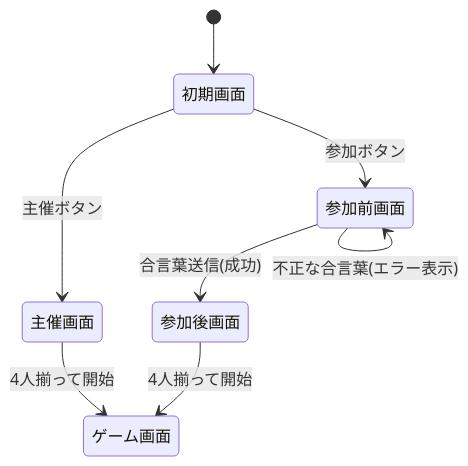
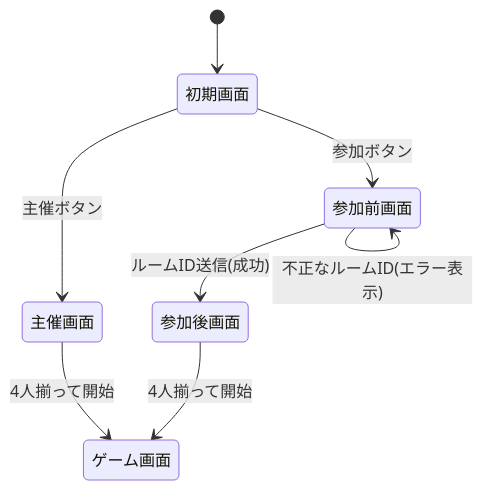
Before and after one commit to calm1205/bluff-auction: the diagram in docs/design/05_frontend.md, drawn with Mermaid. The commit also changed other lines of this file, not shown here.

````diff
--- a/docs/design/05_frontend.md
+++ b/docs/design/05_frontend.md
@@ -25,10 +25,10 @@
 ```mermaid
 stateDiagram-v2
     [*] --> 初期画面
     初期画面 --> 主催画面: 主催ボタン
     初期画面 --> 参加前画面: 参加ボタン
-    参加前画面 --> 参加後画面: 合言葉送信(成功)
-    参加前画面 --> 参加前画面: 不正な合言葉(エラー表示)
+    参加前画面 --> 参加後画面: ルームID送信(成功)
+    参加前画面 --> 参加前画面: 不正なルームID(エラー表示)
     主催画面 --> ゲーム画面: 4人揃って開始
     参加後画面 --> ゲーム画面: 4人揃って開始
 ```
````
